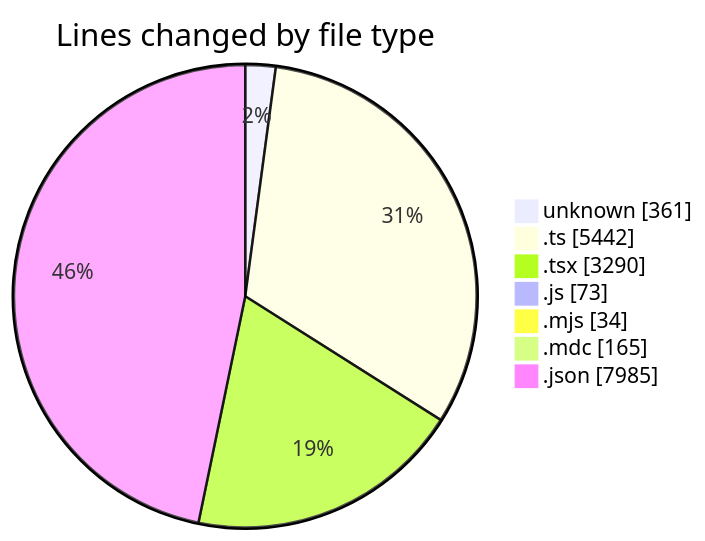
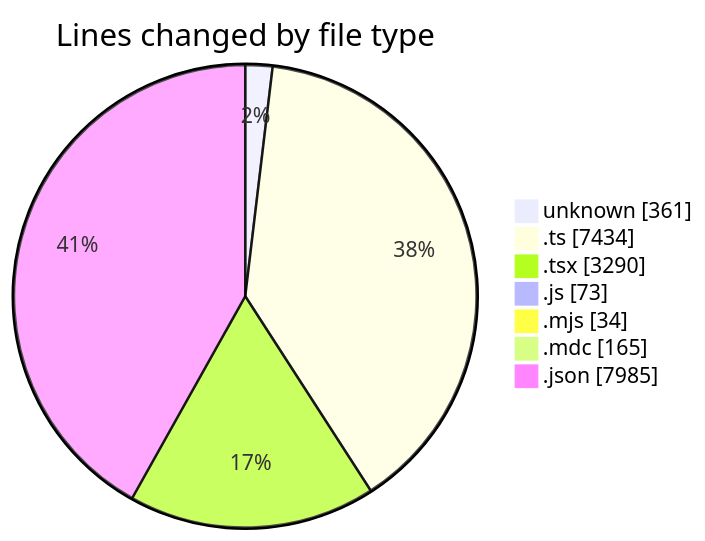
One commit to CELIANVF/code-tracking changed the first of 2 diagrams in 2025-06-13/ecodeli-1/README.md. Above: the diagram before and after it, drawn with Mermaid. The commit also changed other lines of this file and 1 other file, not shown here.

````diff
--- a/2025-06-13/ecodeli-1/README.md
+++ b/2025-06-13/ecodeli-1/README.md
@@ -37,11 +37,11 @@
 ```mermaid
 pie showData
 title Lines changed by file type
 "unknown" : 361
-".ts" : 5442
+".ts" : 7434
 ".tsx" : 3290
 ".js" : 73
 ".mjs" : 34
 ".mdc" : 165
 ".json" : 7985
 ```
````
